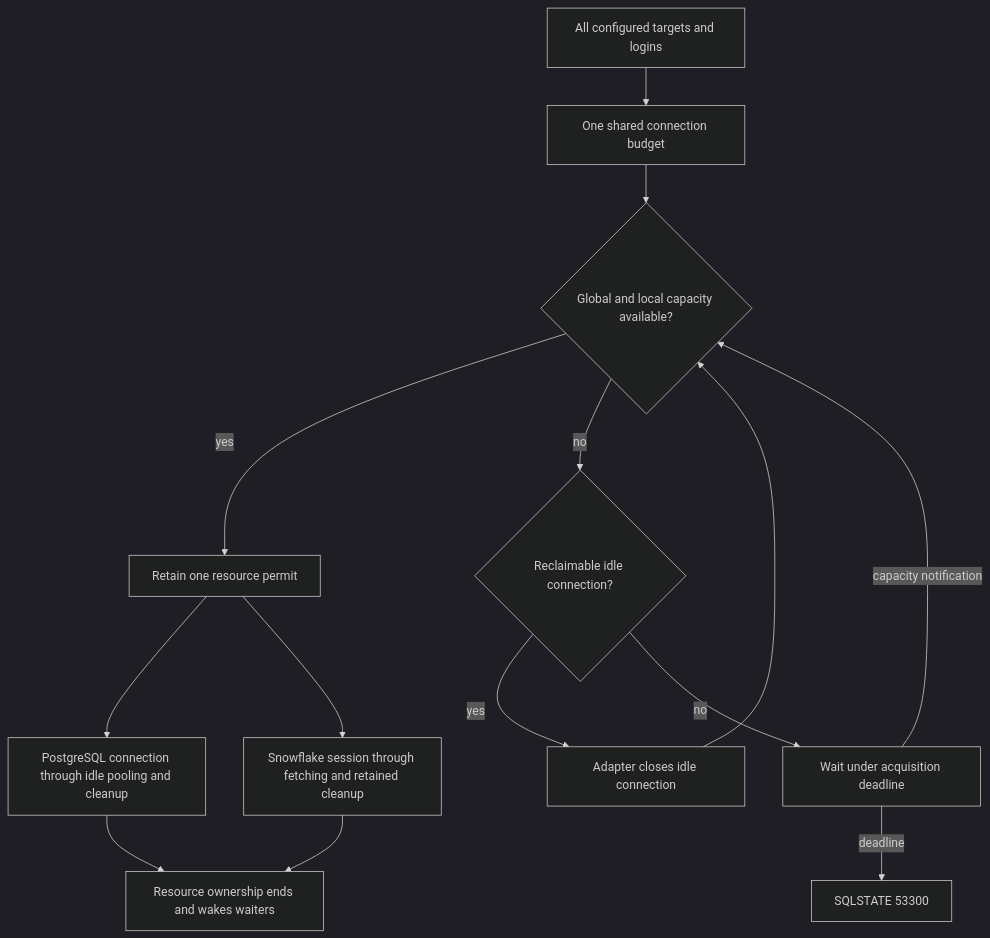
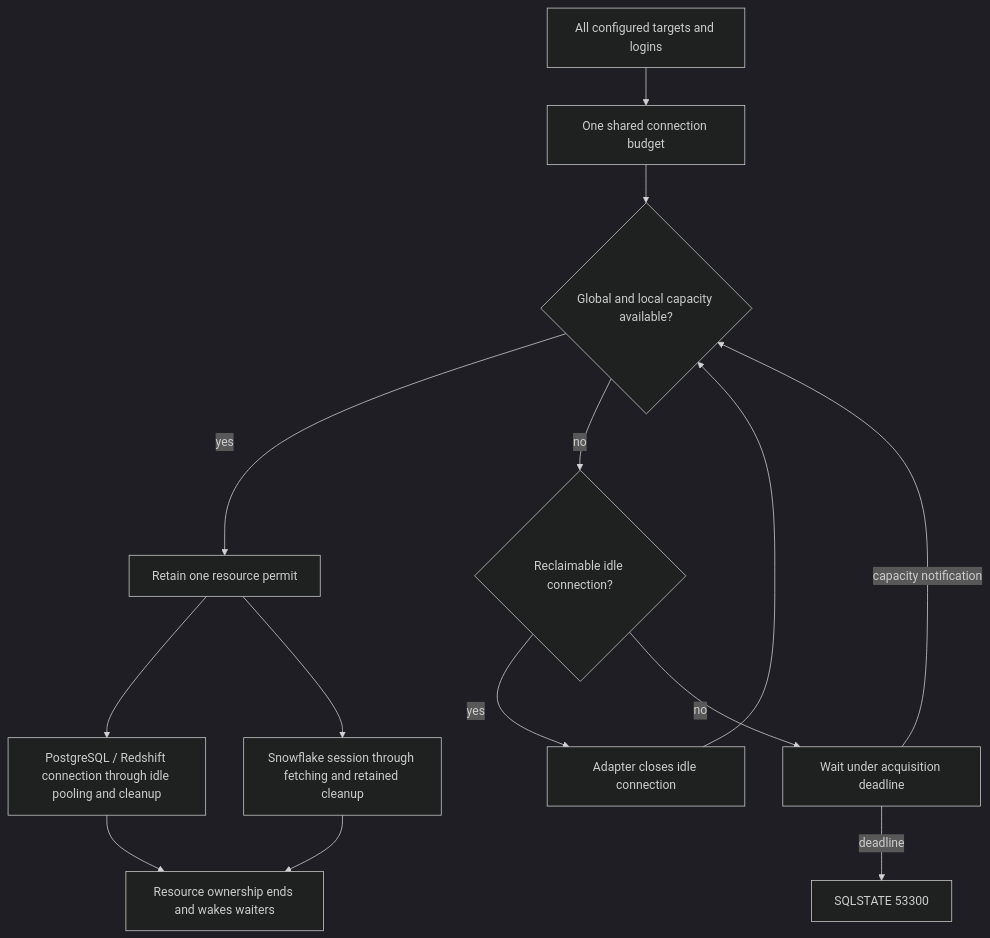
Before and after one commit to AbhiSinha08/yasp-analytics-proxy: the fourth of 6 diagrams in docs/architecture.md, drawn with Mermaid (dark theme). The commit also changed other lines of this file and 63 other files, not shown here.

````diff
--- a/docs/architecture.md
+++ b/docs/architecture.md
@@ -199,16 +200,16 @@
 ```mermaid
 flowchart TD
     Routes[All configured targets and logins] --> Budget[One shared connection budget]
     Budget --> Total{Global and local capacity available?}
     Total -->|yes| Permit[Retain one resource permit]
     Total -->|no| Idle{Reclaimable idle connection?}
     Idle -->|yes| Reclaim[Adapter closes idle connection]
     Reclaim --> Total
     Idle -->|no| Wait[Wait under acquisition deadline]
     Wait -->|capacity notification| Total
     Wait -->|deadline| Busy[SQLSTATE 53300]
-    Permit --> PG[PostgreSQL connection through idle pooling and cleanup]
+    Permit --> PG[PostgreSQL / Redshift connection through idle pooling and cleanup]
     Permit --> SF[Snowflake session through fetching and retained cleanup]
     PG --> Release[Resource ownership ends and wakes waiters]
     SF --> Release
 ```
````
